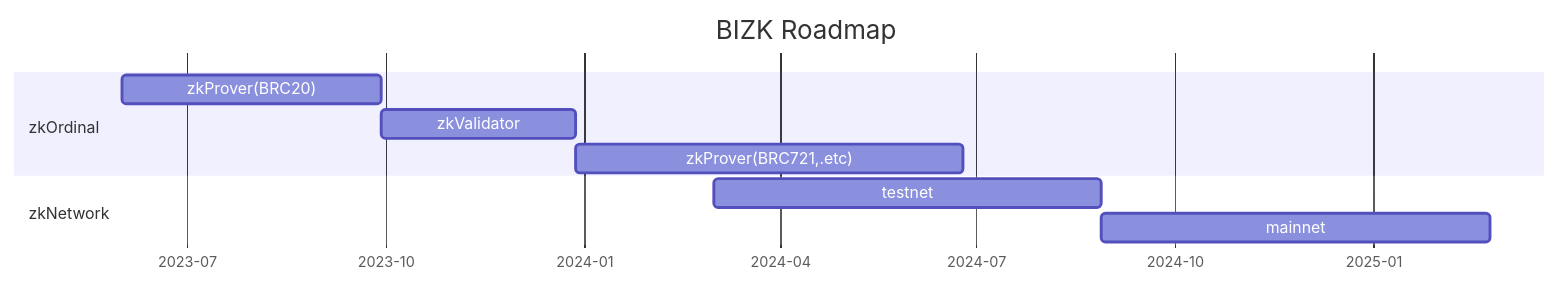
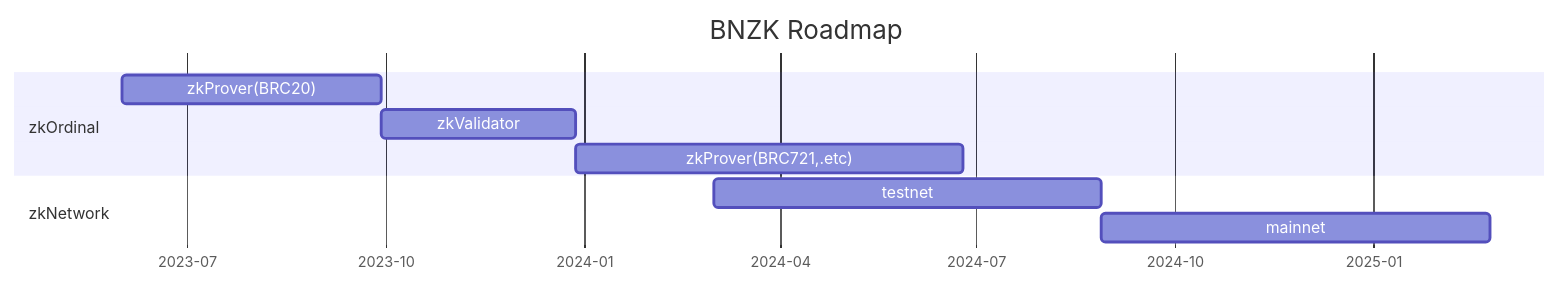
One commit to bnzk-labs/Bnzk-docs changed the second of 2 diagrams in README.md. Above: the diagram before and after it, drawn with Mermaid. The commit also changed other lines of this file, not shown here.

````diff
--- a/README.md
+++ b/README.md
@@ -165,19 +163,19 @@
 ```mermaid
 gantt
-    title BIZK Roadmap
+    title BNZK Roadmap
     dateFormat YYYY-MM
     axisFormat %Y-%m
     
      %% (verifiable)
     section zkOrdinal
         zkProver(BRC20)    : zbp, 2023-06, 120d
         zkValidator       : v, after zbp, 90d
         zkProver(BRC721,.etc)        :zn, after v, 180d
         
 
      %% (Decentralized)
     section zkNetwork
         testnet           :t, 2024-03, 180d
         mainnet           :m, after t, 180d
 
 ```
````
